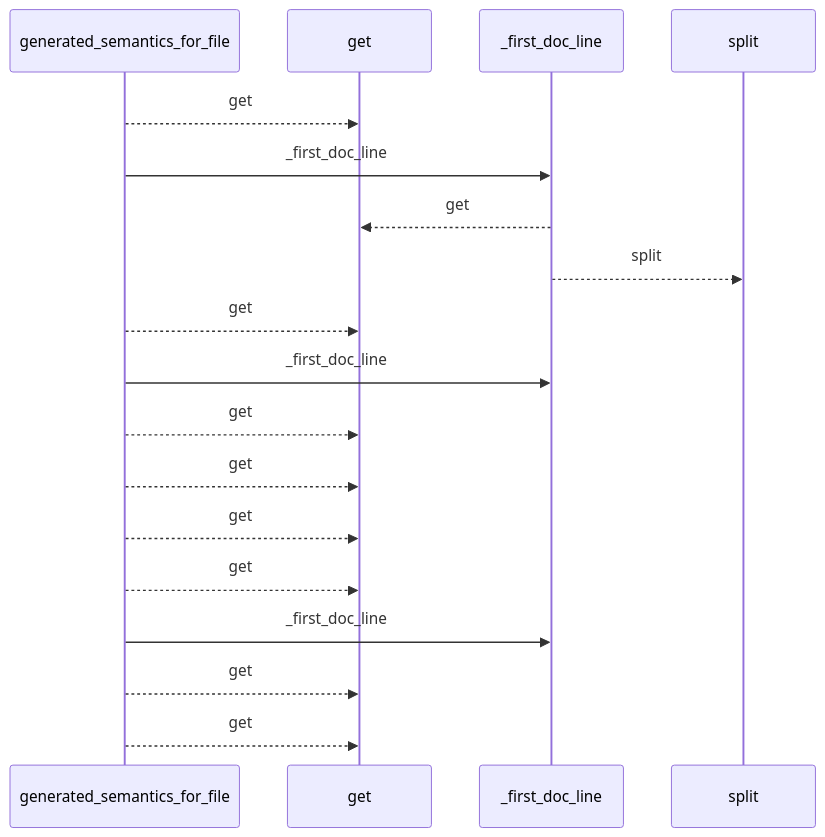
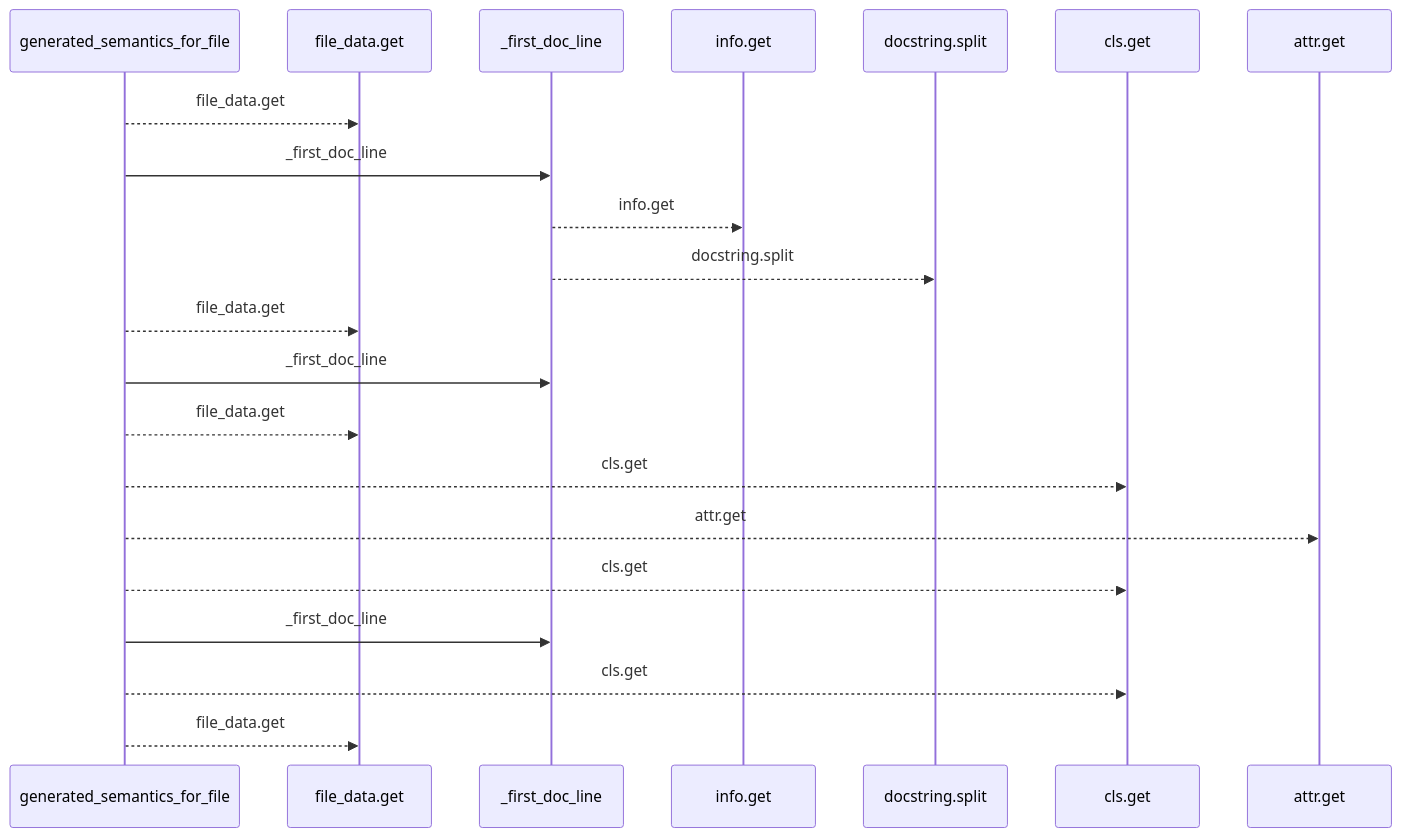
Before and after one commit to Denissvgn/python-wiki-llm: the first of 2 diagrams in docs/llm_wiki/flows/api-generated_semantics_for_file.md, drawn with Mermaid. The commit also changed other lines of this file and 719 other files, not shown here.

````diff
--- a/docs/llm_wiki/flows/api-generated_semantics_for_file.md
+++ b/docs/llm_wiki/flows/api-generated_semantics_for_file.md
@@ -10,20 +10,23 @@
 ```mermaid
 sequenceDiagram
     participant p0 as generated_semantics_for_file
-    participant p1 as get
+    participant p1 as file_data.get
     participant p2 as _first_doc_line
-    participant p3 as split
-    p0-->>p1: get
+    participant p3 as info.get
+    participant p4 as docstring.split
+    participant p5 as cls.get
+    participant p6 as attr.get
+    p0-->>p1: file_data.get
     p0->>p2: _first_doc_line
-    p2-->>p1: get
-    p2-->>p3: split
-    p0-->>p1: get
+    p2-->>p3: info.get
+    p2-->>p4: docstring.split
+    p0-->>p1: file_data.get
     p0->>p2: _first_doc_line
-    p0-->>p1: get
-    p0-->>p1: get
-    p0-->>p1: get
-    p0-->>p1: get
+    p0-->>p1: file_data.get
+    p0-->>p5: cls.get
+    p0-->>p6: attr.get
+    p0-->>p5: cls.get
     p0->>p2: _first_doc_line
-    p0-->>p1: get
-    p0-->>p1: get
+    p0-->>p5: cls.get
+    p0-->>p1: file_data.get
 ```
````
